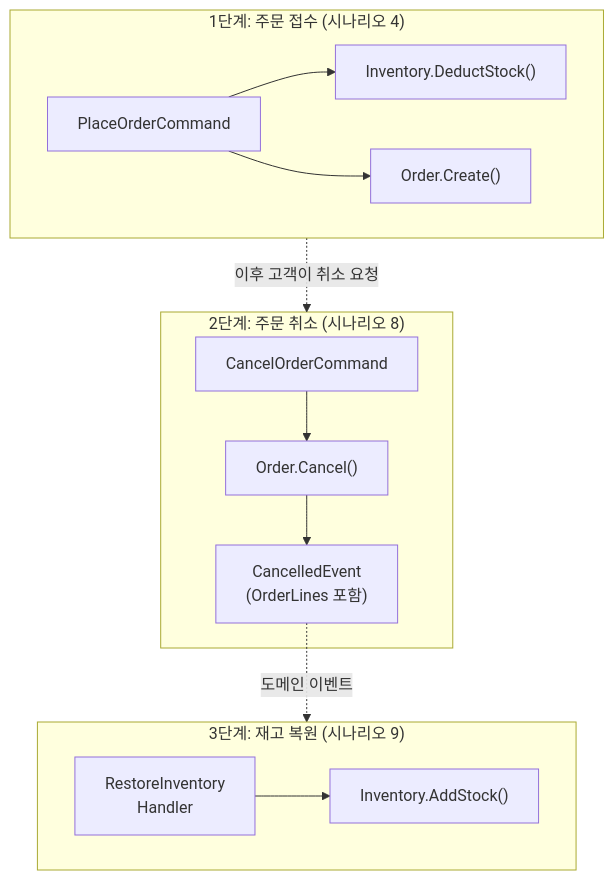
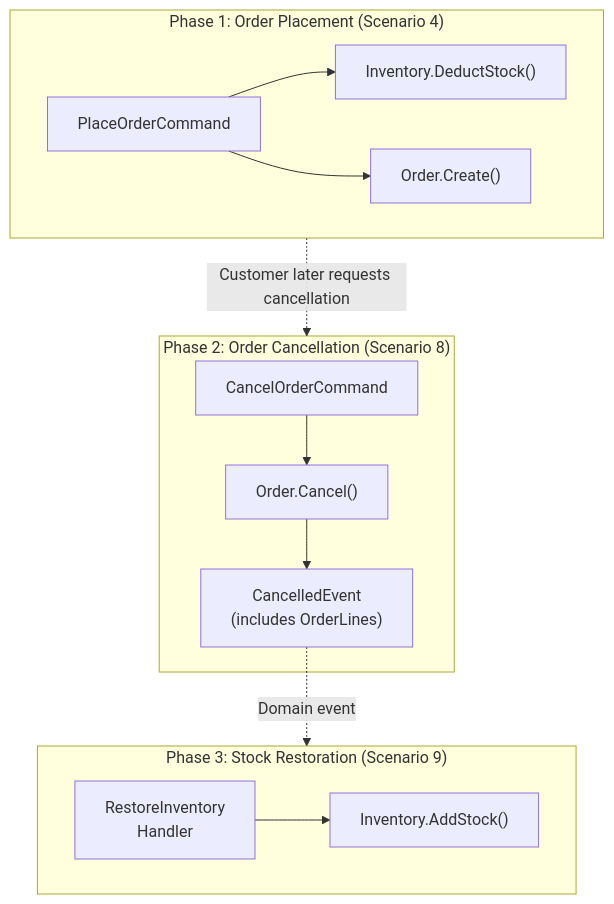
The fifth of 7 diagrams in Docs.Site/src/content/docs/samples/ecommerce-ddd/application/03-implementation-results.md (hhko/Functorium), drawn with Mermaid before and after one commit. The commit also changed other lines of this file, not shown here.

````diff
--- a/Docs.Site/src/content/docs/samples/ecommerce-ddd/application/03-implementation-results.md
+++ b/Docs.Site/src/content/docs/samples/ecommerce-ddd/application/03-implementation-results.md
@@ -771,26 +771,26 @@
 ```mermaid
 flowchart TB
-    subgraph Phase1["1단계: 주문 접수 (시나리오 4)"]
+    subgraph Phase1["Phase 1: Order Placement (Scenario 4)"]
         PlaceOrder["PlaceOrderCommand"]
         DeductStock["Inventory.DeductStock()"]
         CreateOrder["Order.Create()"]
         PlaceOrder --> DeductStock
         PlaceOrder --> CreateOrder
     end
 
-    subgraph Phase2["2단계: 주문 취소 (시나리오 8)"]
+    subgraph Phase2["Phase 2: Order Cancellation (Scenario 8)"]
         CancelOrder["CancelOrderCommand"]
         Cancel["Order.Cancel()"]
-        CancelledEvent["CancelledEvent\n(OrderLines 포함)"]
+        CancelledEvent["CancelledEvent\n(includes OrderLines)"]
         CancelOrder --> Cancel --> CancelledEvent
     end
 
-    subgraph Phase3["3단계: 재고 복원 (시나리오 9)"]
+    subgraph Phase3["Phase 3: Stock Restoration (Scenario 9)"]
         Handler["RestoreInventory\nHandler"]
         AddStock["Inventory.AddStock()"]
         Handler --> AddStock
     end
 
-    Phase1 -.-> |"이후 고객이 취소 요청"| Phase2
-    CancelledEvent -.-> |"도메인 이벤트"| Phase3
+    Phase1 -.-> |"Customer later requests cancellation"| Phase2
+    CancelledEvent -.-> |"Domain event"| Phase3
 ```
````
